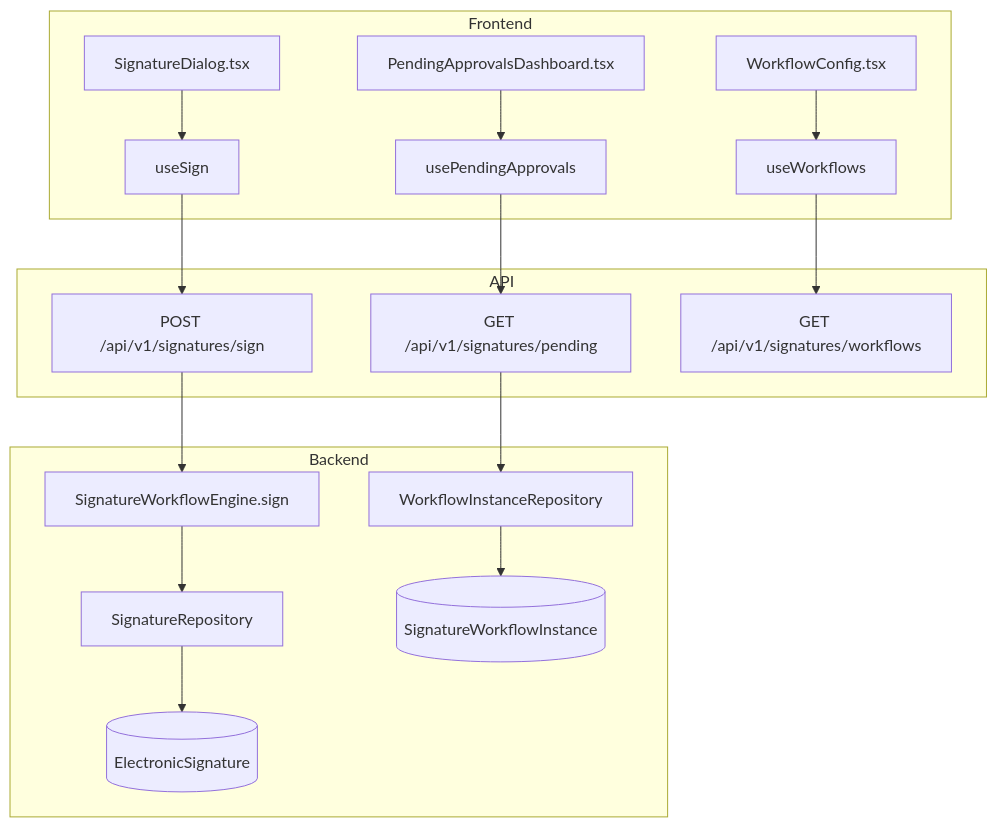
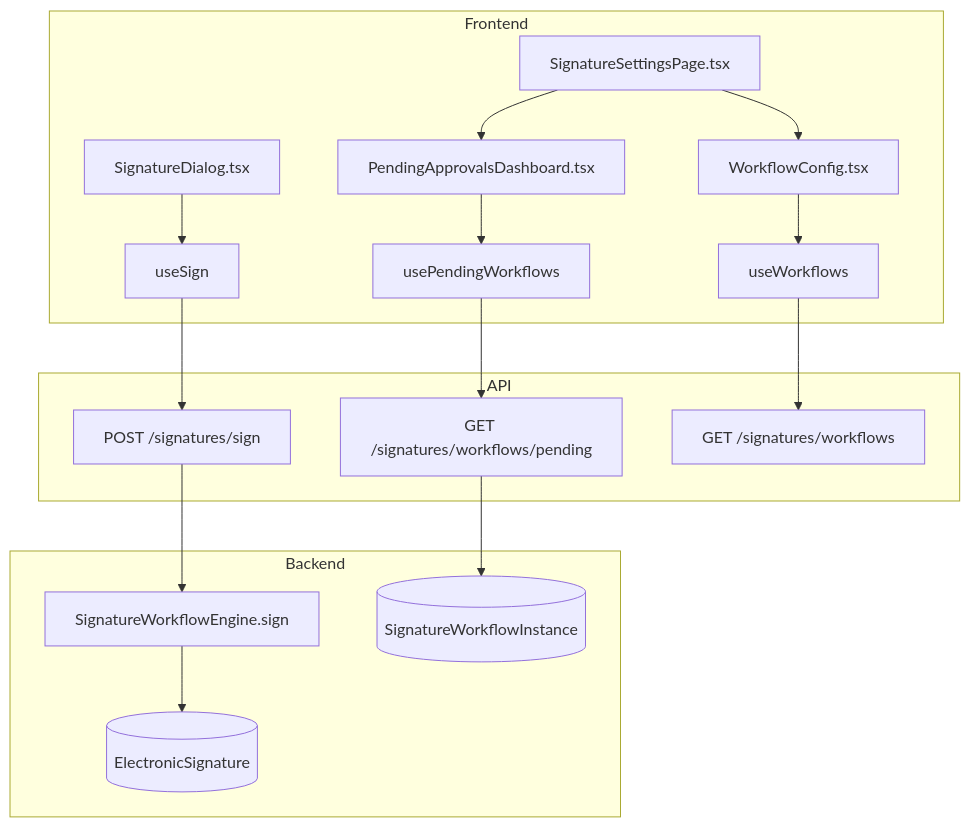
One commit to saturnis-io/cassini changed the first of 2 diagrams in .knowledge/features/signatures.md. Above: the diagram before and after it, drawn with Mermaid. The commit also changed other lines of this file and 16 other files, not shown here.

First line of the commit message:
knowledge-graph: regenerate

````diff
--- a/.knowledge/features/signatures.md
+++ b/.knowledge/features/signatures.md
@@ -5,20 +5,19 @@
 ```mermaid
 flowchart TD
     subgraph Frontend
         C1[SignatureDialog.tsx] --> H1[useSign]
-        C2[PendingApprovalsDashboard.tsx] --> H2[usePendingApprovals]
+        C2[PendingApprovalsDashboard.tsx] --> H2[usePendingWorkflows]
         C3[WorkflowConfig.tsx] --> H3[useWorkflows]
+        C4[SignatureSettingsPage.tsx] --> C2 & C3
     end
     subgraph API
-        H1 --> E1[POST /api/v1/signatures/sign]
-        H2 --> E2[GET /api/v1/signatures/pending]
-        H3 --> E3[GET /api/v1/signatures/workflows]
+        H1 --> E1[POST /signatures/sign]
+        H2 --> E2[GET /signatures/workflows/pending]
+        H3 --> E3[GET /signatures/workflows]
     end
     subgraph Backend
         E1 --> S1[SignatureWorkflowEngine.sign]
-        S1 --> R1[SignatureRepository]
-        R1 --> M1[(ElectronicSignature)]
-        E2 --> R2[WorkflowInstanceRepository]
-        R2 --> M2[(SignatureWorkflowInstance)]
+        S1 --> M1[(ElectronicSignature)]
+        E2 --> M2[(SignatureWorkflowInstance)]
     end
 ```
````
